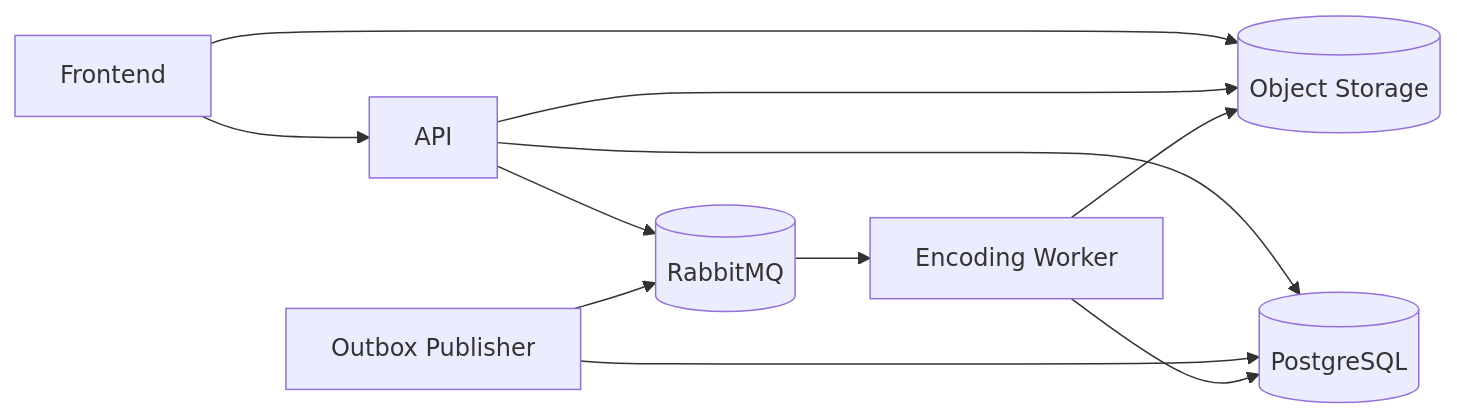
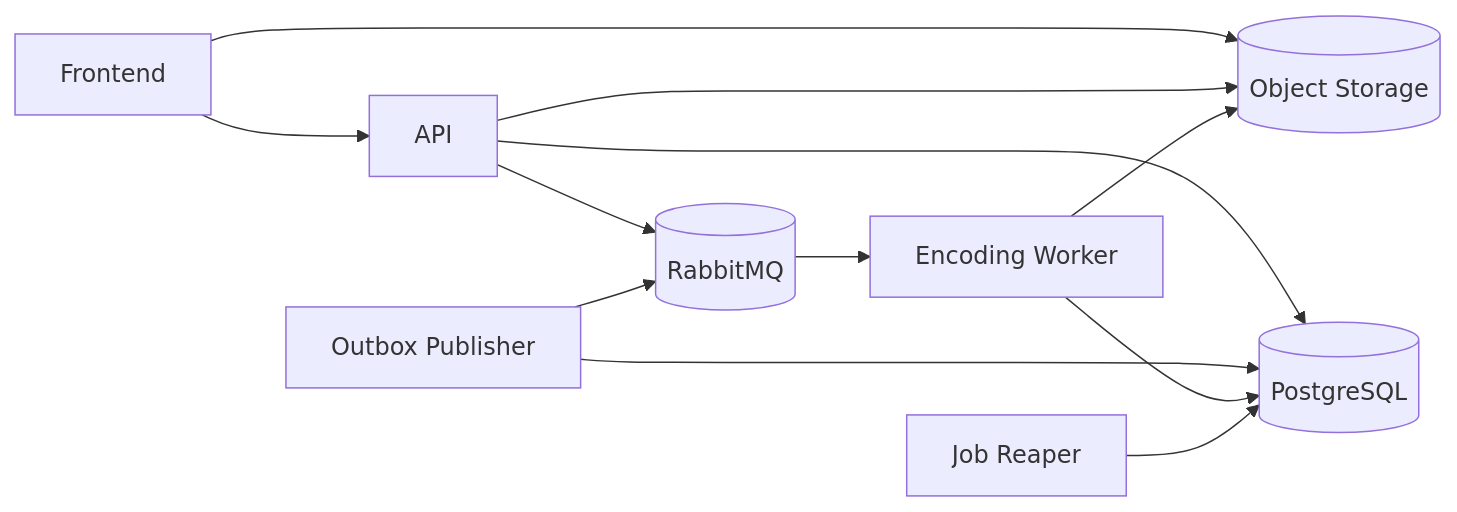
The diagram in README.md (aayushkdev/rendition), drawn with Mermaid before and after one commit. The commit also changed other lines of this file, not shown here.

Commit message:
Update README for worker recovery flow

````diff
--- a/README.md
+++ b/README.md
@@ -34,13 +41,14 @@
 ```mermaid
 flowchart LR
   frontend[Frontend] --> api[API]
   frontend --> storage[(Object Storage)]
   api --> storage
   api --> postgres[(PostgreSQL)]
   api --> rabbitmq[(RabbitMQ)]
   outbox[Outbox Publisher] --> postgres
   outbox --> rabbitmq
   rabbitmq --> worker[Encoding Worker]
   worker --> postgres
   worker --> storage
+  reaper[Job Reaper] --> postgres
 ```
````
